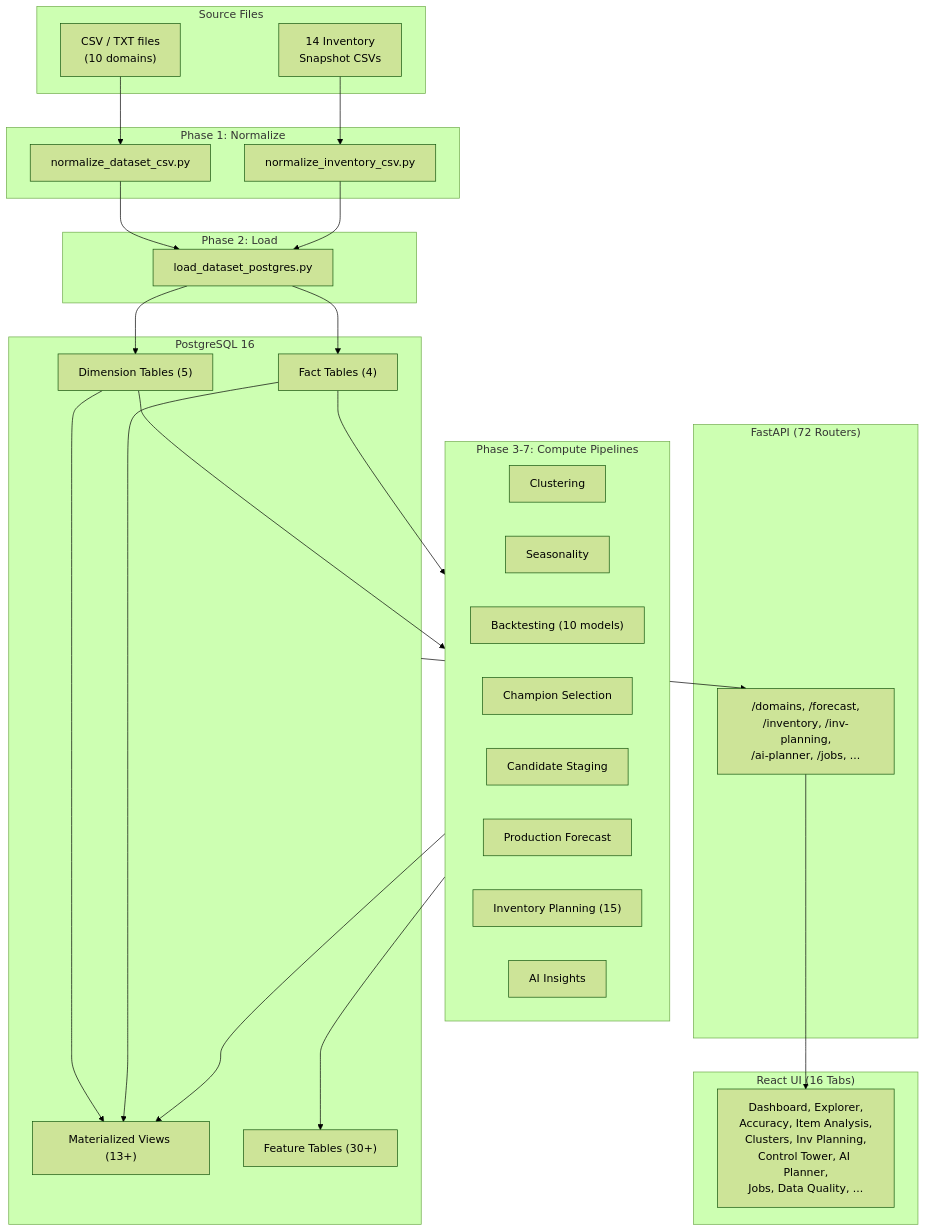
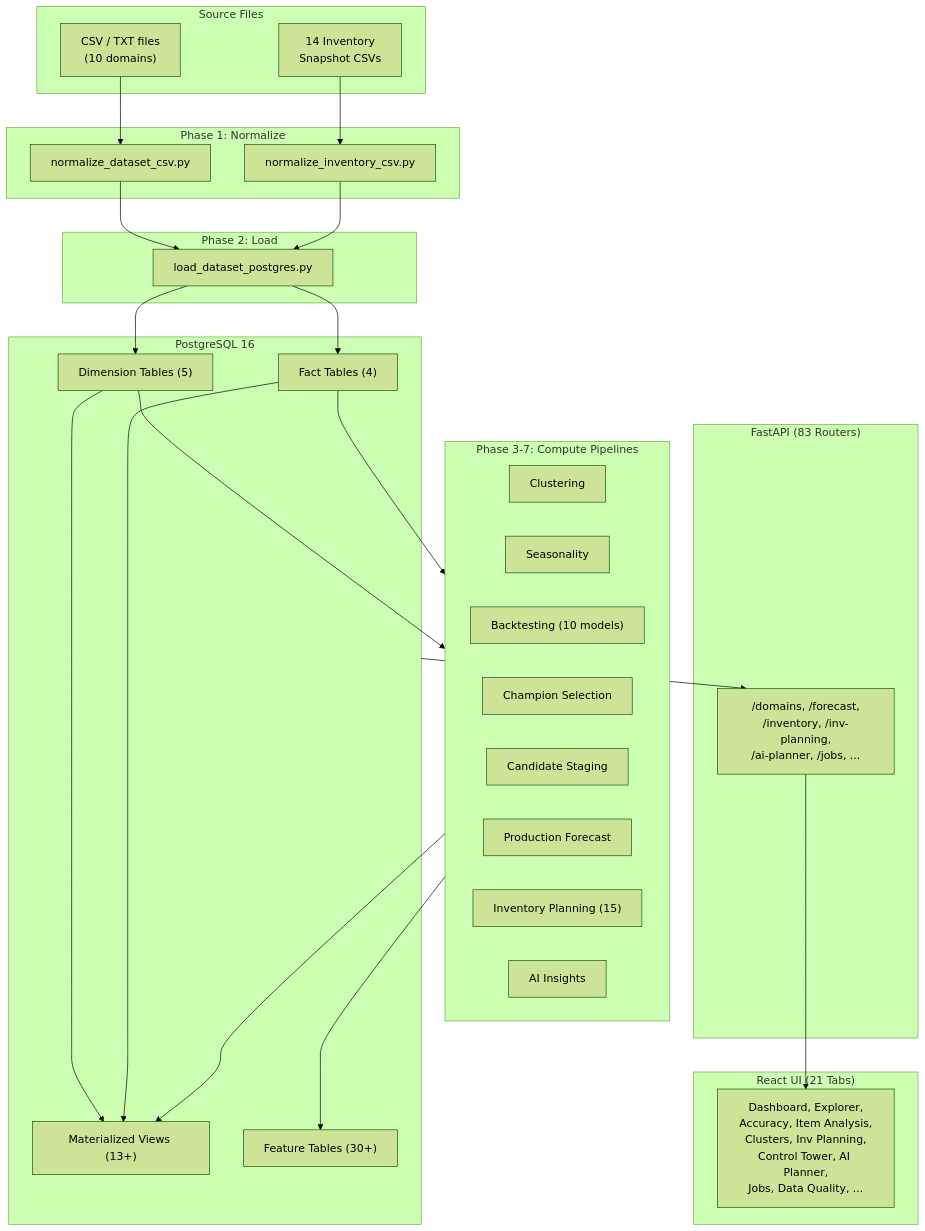
Before and after one commit to chidammano-hash/DemandProject: the first of 4 diagrams in docs/ARCHITECTURE.md, drawn with Mermaid (forest theme). The commit also changed other lines of this file and 75 other files, not shown here.

````diff
--- a/docs/ARCHITECTURE.md
+++ b/docs/ARCHITECTURE.md
@@ -61,50 +61,50 @@
 ```mermaid
 flowchart TD
     subgraph SRC["Source Files"]
         CSV["CSV / TXT files<br/>(10 domains)"]
         INV["14 Inventory<br/>Snapshot CSVs"]
     end
 
     subgraph NORM["Phase 1: Normalize"]
         N1["normalize_dataset_csv.py"]
         N2["normalize_inventory_csv.py"]
     end
 
     subgraph LOAD["Phase 2: Load"]
         L1["load_dataset_postgres.py"]
     end
 
     subgraph PG["PostgreSQL 16"]
         DIM["Dimension Tables (5)"]
         FACT["Fact Tables (4)"]
         MV["Materialized Views (13+)"]
         FEAT["Feature Tables (30+)"]
     end
 
     subgraph COMPUTE["Phase 3-7: Compute Pipelines"]
         CL["Clustering"]
         SEAS["Seasonality"]
         BT["Backtesting (10 models)"]
         CHAMP["Champion Selection"]
         CAND["Candidate Staging"]
         PROD["Production Forecast"]
         INVP["Inventory Planning (15)"]
         AI["AI Insights"]
     end
 
-    subgraph API["FastAPI (72 Routers)"]
+    subgraph API["FastAPI (83 Routers)"]
         REST["/domains, /forecast,<br/>/inventory, /inv-planning,<br/>/ai-planner, /jobs, ..."]
     end
 
-    subgraph UI["React UI (16 Tabs)"]
+    subgraph UI["React UI (21 Tabs)"]
         TABS["Dashboard, Explorer,<br/>Accuracy, Item Analysis,<br/>Clusters, Inv Planning,<br/>Control Tower, AI Planner,<br/>Jobs, Data Quality, ..."]
     end
 
     CSV --> N1 --> L1
     INV --> N2 --> L1
     L1 --> DIM & FACT
     DIM & FACT --> MV
     DIM & FACT --> COMPUTE
     COMPUTE --> FEAT & MV
     PG --> REST --> TABS
 ```
````
